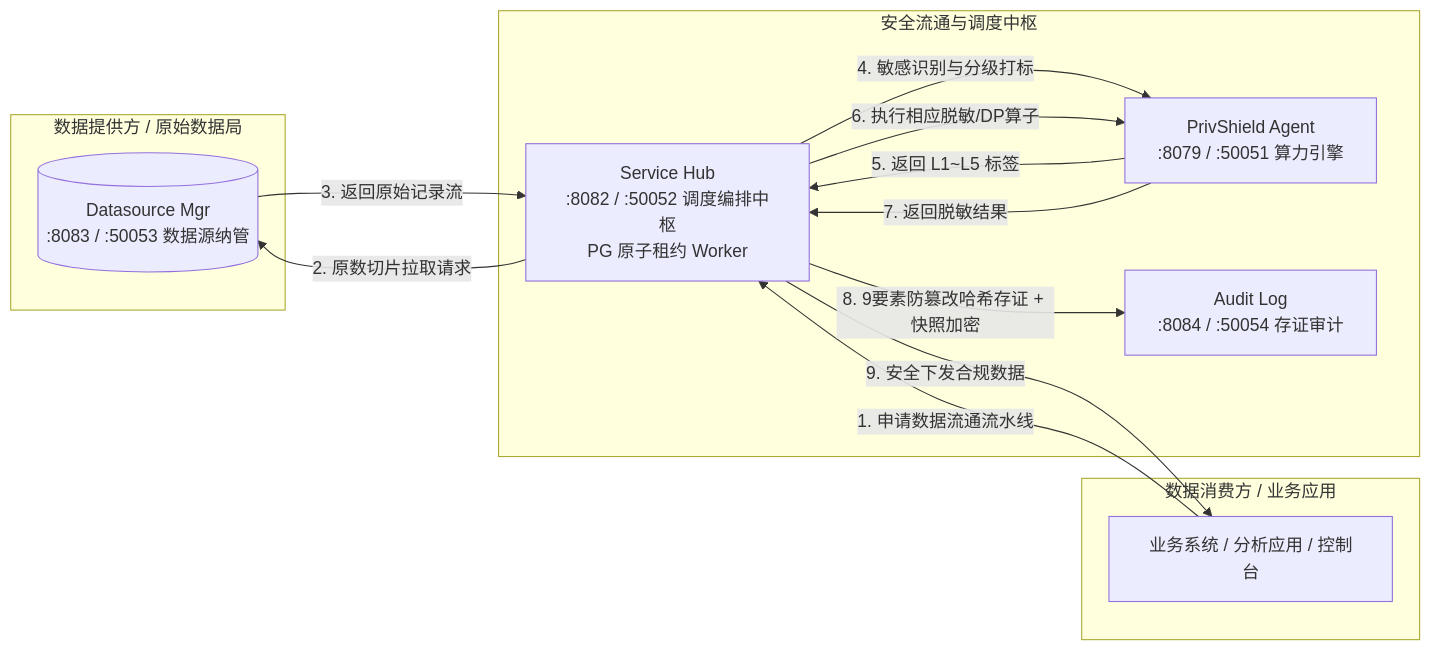
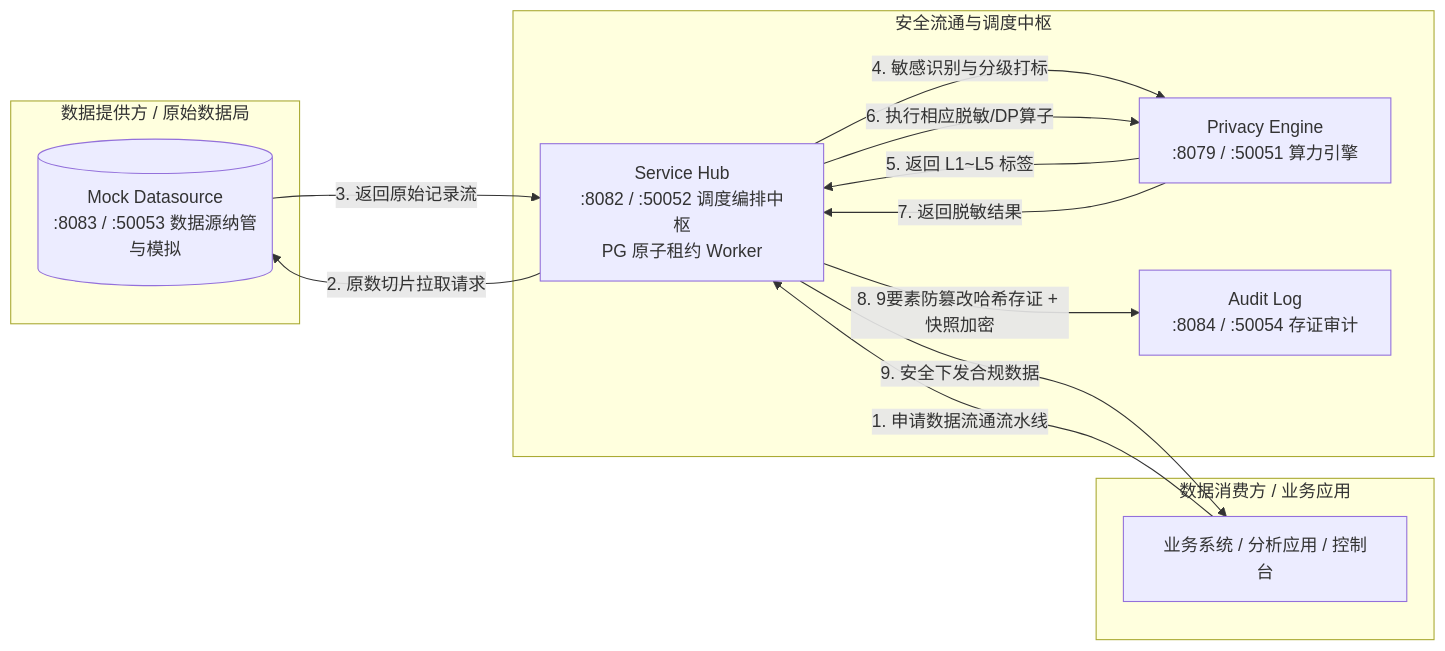
One commit to fengzhizi319/PrivShield-go changed the diagram in docs/architecture/services.md. Above: the diagram before and after it, drawn with Mermaid. The commit also changed other lines of this file and 10 other files, not shown here.

Commit message:
docs(architecture): align all architecture documents with v3.0 specification

````diff
--- a/docs/architecture/services.md
+++ b/docs/architecture/services.md
@@ -26,26 +26,26 @@
 ```mermaid
 graph LR
     subgraph DataProvider [数据提供方 / 原始数据局]
-        D[(Datasource Mgr<br/>:8083 / :50053 数据源纳管)]
+        D[(Mock Datasource<br/>:8083 / :50053 数据源纳管与模拟)]
     end
 
     subgraph GovernanceHub [安全流通与调度中枢]
         S[Service Hub<br/>:8082 / :50052 调度编排中枢<br/>PG 原子租约 Worker]
-        A[PrivShield Agent<br/>:8079 / :50051 算力引擎]
+        A[Privacy Engine<br/>:8079 / :50051 算力引擎]
         L[Audit Log<br/>:8084 / :50054 存证审计]
     end
 
     subgraph DataConsumer [数据消费方 / 业务应用]
         C[业务系统 / 分析应用 / 控制台]
     end
 
     C -->|1. 申请数据流通流水线| S
     S -->|2. 原数切片拉取请求| D
     D -->|3. 返回原始记录流| S
     S -->|4. 敏感识别与分级打标| A
     A -->|5. 返回 L1~L5 标签| S
     S -->|6. 执行相应脱敏/DP算子| A
     A -->|7. 返回脱敏结果| S
     S -->|8. 9要素防篡改哈希存证 + 快照加密| L
     S -->|9. 安全下发合规数据| C
 ```
````
